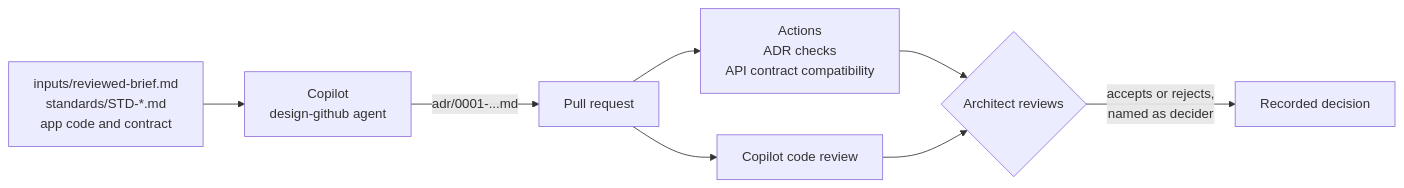
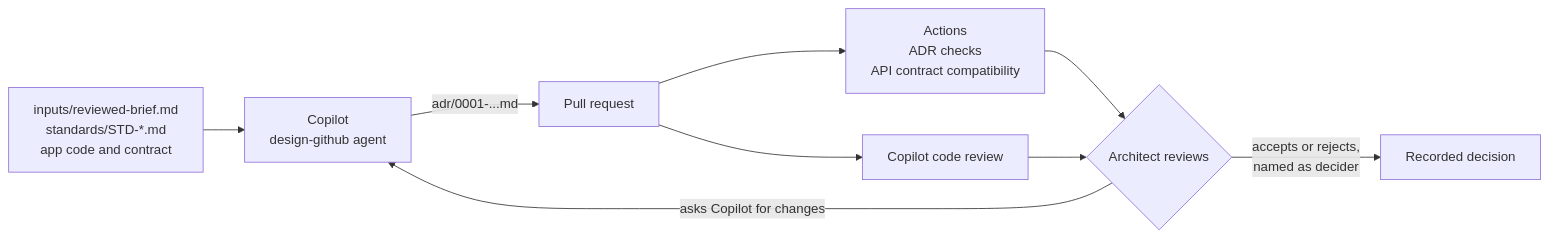
One commit to melabadi/adept-assessment-northstars changed the diagram in solutions/02-design-github/README.md. Above: the diagram before and after it, drawn with Mermaid. The commit also changed other lines of this file and 6 other files, not shown here.

````diff
--- a/solutions/02-design-github/README.md
+++ b/solutions/02-design-github/README.md
@@ -19,10 +21,11 @@
 ```mermaid
 flowchart LR
   I[inputs/reviewed-brief.md<br/>standards/STD-*.md<br/>app code and contract] --> C[Copilot<br/>design-github agent]
   C -->|adr/0001-...md| PR[Pull request]
   PR --> A[Actions<br/>ADR checks<br/>API contract compatibility]
   PR --> R[Copilot code review]
   A --> H{Architect reviews}
   R --> H
+  H -->|asks Copilot for changes| C
   H -->|accepts or rejects,<br/>named as decider| D[Recorded decision]
 ```
````
